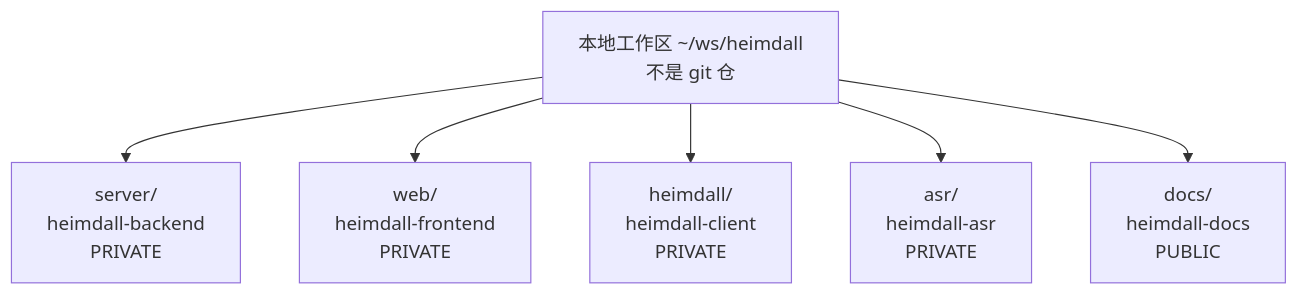
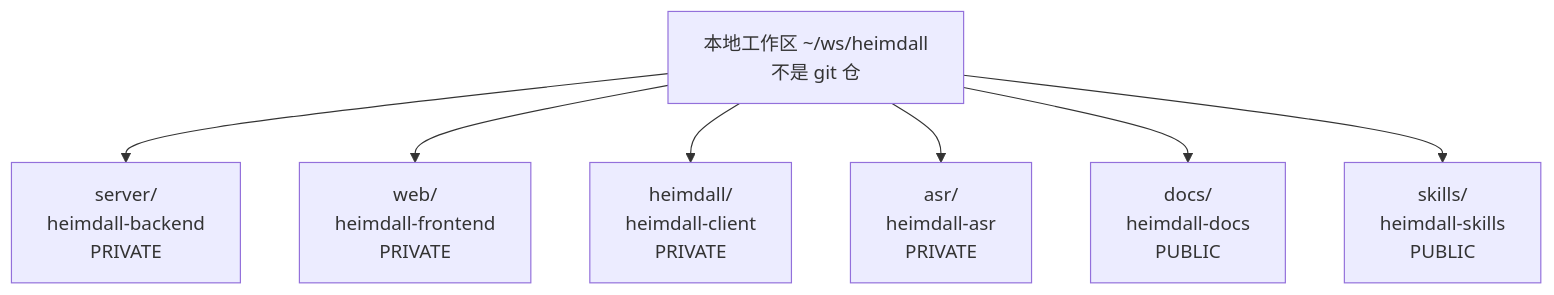
Before and after one commit to hackingangle/heimdall-docs: the first of 8 diagrams in Heimdall-技术实现交接.md, drawn with Mermaid. The commit also changed other lines of this file and 28 other files, not shown here.

First line of the commit message:
docs: 技能真源迁到 heimdall-skills，删除本仓 skills/

````diff
--- a/Heimdall-技术实现交接.md
+++ b/Heimdall-技术实现交接.md
@@ -16,9 +16,10 @@
 ```mermaid
 flowchart TB
   WS["本地工作区 ~/ws/heimdall<br/>不是 git 仓"]
   WS --> BE["server/<br/>heimdall-backend<br/>PRIVATE"]
   WS --> FE["web/<br/>heimdall-frontend<br/>PRIVATE"]
   WS --> IOS["heimdall/<br/>heimdall-client<br/>PRIVATE"]
   WS --> ASR["asr/<br/>heimdall-asr<br/>PRIVATE"]
   WS --> DOC["docs/<br/>heimdall-docs<br/>PUBLIC"]
+  WS --> SK["skills/<br/>heimdall-skills<br/>PUBLIC"]
 ```
````
